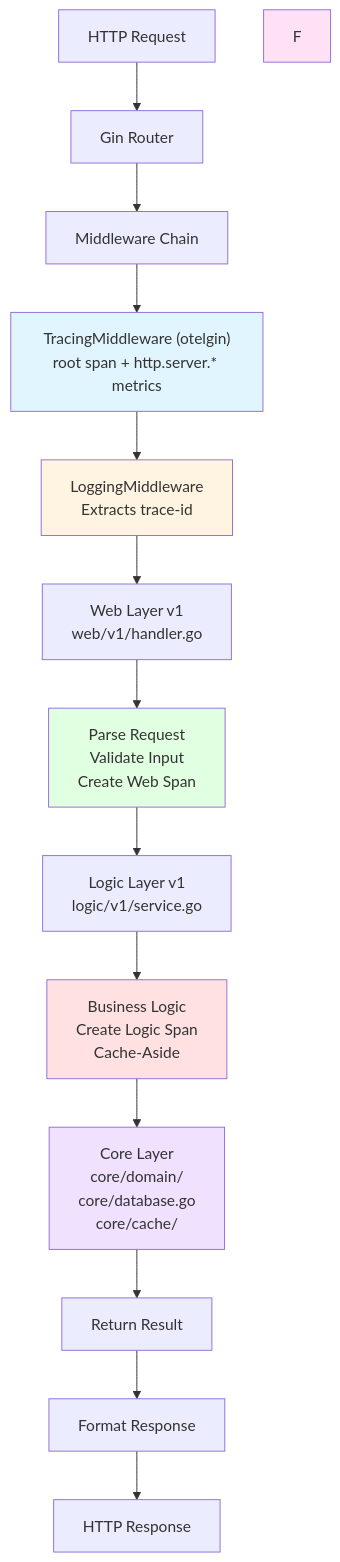
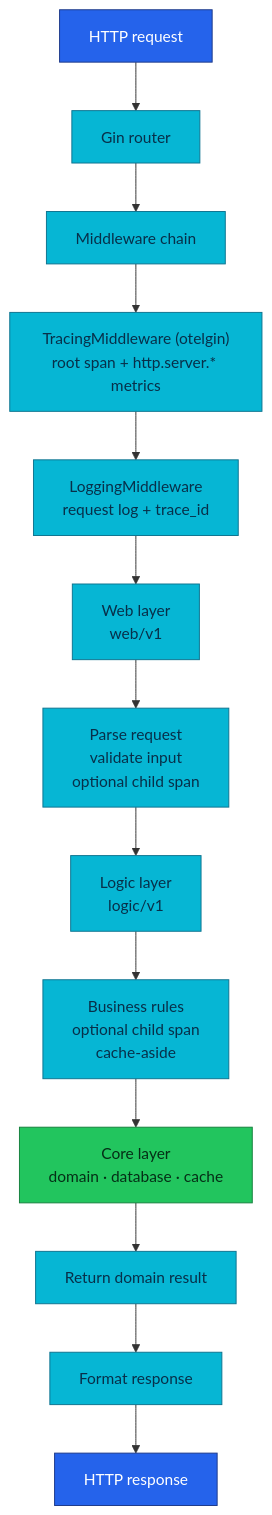
Before and after one commit to duynhlab/homelab: the third of 6 diagrams in docs/observability/README.md, drawn with Mermaid. The commit also changed other lines of this file and 33 other files, not shown here.

First line of the commit message:
Refresh observability diagrams (#516)

````diff
--- a/docs/observability/README.md
+++ b/docs/observability/README.md
@@ -105,25 +132,25 @@
 ```mermaid
 graph TD
-    A[HTTP Request] --> B[Gin Router]
-    B --> C[Middleware Chain]
+    A["HTTP request"] --> B["Gin router"]
+    B --> C["Middleware chain"]
 
     C --> D["TracingMiddleware (otelgin)<br/>root span + http.server.* metrics"]
-    D --> E[LoggingMiddleware<br/>Extracts trace-id]
+    D --> E["LoggingMiddleware<br/>request log + trace_id"]
 
-    E --> H[Web Layer v1<br/>web/v1/handler.go]
-    H --> J[Parse Request<br/>Validate Input<br/>Create Web Span]
-    J --> L[Logic Layer v1<br/>logic/v1/service.go]
-    L --> N[Business Logic<br/>Create Logic Span<br/>Cache-Aside]
-    N --> O[Core Layer<br/>core/domain/<br/>core/database.go<br/>core/cache/]
+    E --> H["Web layer<br/>web/v1"]
+    H --> J["Parse request<br/>validate input<br/>optional child span"]
+    J --> L["Logic layer<br/>logic/v1"]
+    L --> N["Business rules<br/>optional child span<br/>cache-aside"]
+    N --> O["Core layer<br/>domain · database · cache"]
 
-    O --> P[Return Result]
-    P --> Q[Format Response]
-    Q --> R[HTTP Response]
+    O --> P["Return domain result"]
+    P --> Q["Format response"]
+    Q --> R["HTTP response"]
 
-    style D fill:#e1f5ff
-    style E fill:#fff4e1
-    style F fill:#ffe1f5
-    style J fill:#e1ffe1
-    style N fill:#ffe1e1
-    style O fill:#f0e1ff
+    classDef edge fill:#2563eb,color:#fff,stroke:#1e3a8a;
+    classDef service fill:#06b6d4,color:#082f49,stroke:#0e7490;
+    classDef data fill:#22c55e,color:#052e16,stroke:#15803d;
+    class A,R edge;
+    class B,C,D,E,H,J,L,N,P,Q service;
+    class O data;
 ```
````
